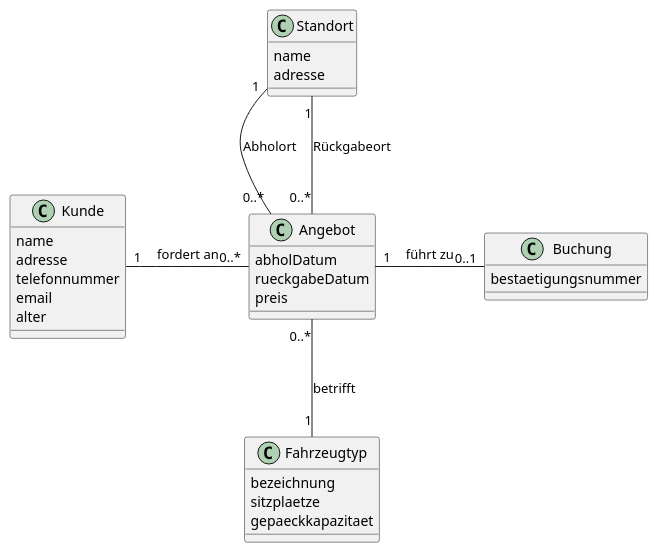
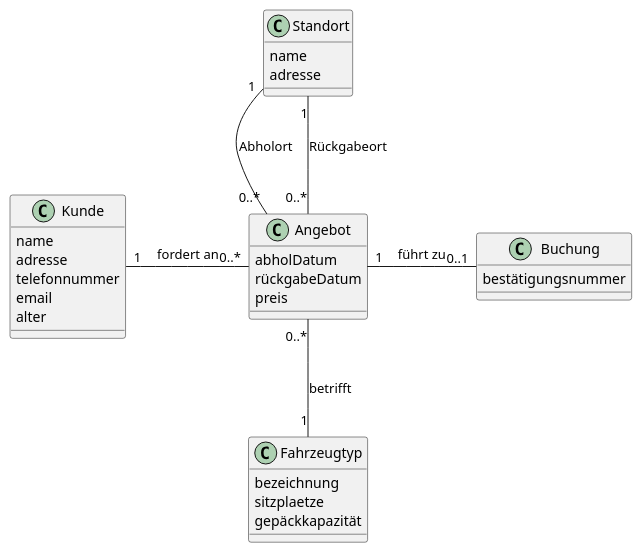
One commit to mallallaaaa/project-autovermietung-SWM1 changed the diagram in Aufgabe3.puml. Above: the diagram before and after it, drawn with PlantUML.

Commit message:
Fix German character encoding in Aufgabe3.puml

```diff
--- a/Aufgabe3.puml
+++ b/Aufgabe3.puml
@@ -1,41 +1,41 @@
 @startuml AV_Aufgabe3
 skinparam shadowing false
 skinparam classAttributeIconSize 0
 skinparam nodesep 60
 skinparam ranksep 80
 
 class Kunde {
   name
   adresse
   telefonnummer
   email
   alter
 }
 
 class Angebot {
   abholDatum
-  rueckgabeDatum
+  rückgabeDatum
   preis
 }
 
 class Buchung {
-  bestaetigungsnummer
+  bestätigungsnummer
 }
 
 class Fahrzeugtyp {
   bezeichnung
   sitzplaetze
-  gepaeckkapazitaet
+  gepäckkapazität
 }
 
 class Standort {
   name
   adresse
 }
 
 Kunde "1" -right- "0..*" Angebot : fordert an
 Angebot "1" -right- "0..1" Buchung : führt zu
 Angebot "0..*" -down- "1" Fahrzeugtyp : betrifft
 Angebot "0..*" -up- "1" Standort : Abholort
 Angebot "0..*" -up- "1" Standort : Rückgabeort
 @enduml
```
